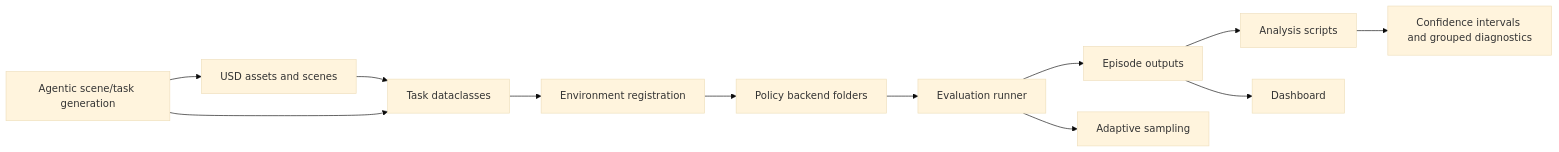
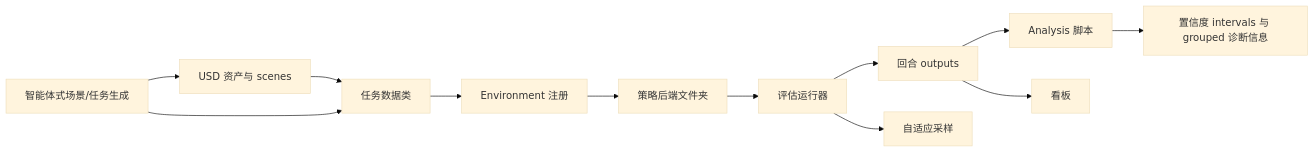
Before and after one commit to niuverse/llm-wiki: the diagram in wiki/entities/RoboLab.md, drawn with Mermaid (base theme). The commit also changed other lines of this file and 123 other files, not shown here.

````diff
--- a/wiki/entities/RoboLab.md
+++ b/wiki/entities/RoboLab.md
@@ -13,14 +13,14 @@
 ```mermaid
 flowchart LR
-  A[USD assets and scenes] --> B[Task dataclasses]
-  B --> C[Environment registration]
-  C --> D[Policy backend folders]
-  D --> E[Evaluation runner]
-  E --> F[Episode outputs]
-  F --> G[Analysis scripts]
-  F --> H[Dashboard]
-  E --> I[Adaptive sampling]
-  G --> J[Confidence intervals and grouped diagnostics]
-  K[Agentic scene/task generation] --> A
+  A[USD 资产与 scenes] --> B[任务数据类]
+  B --> C[Environment 注册]
+  C --> D[策略后端文件夹]
+  D --> E[评估运行器]
+  E --> F[回合 outputs]
+  F --> G[Analysis 脚本]
+  F --> H[看板]
+  E --> I[自适应采样]
+  G --> J[置信度 intervals 与 grouped 诊断信息]
+  K[智能体式场景/任务生成] --> A
   K --> B
 ```
````
